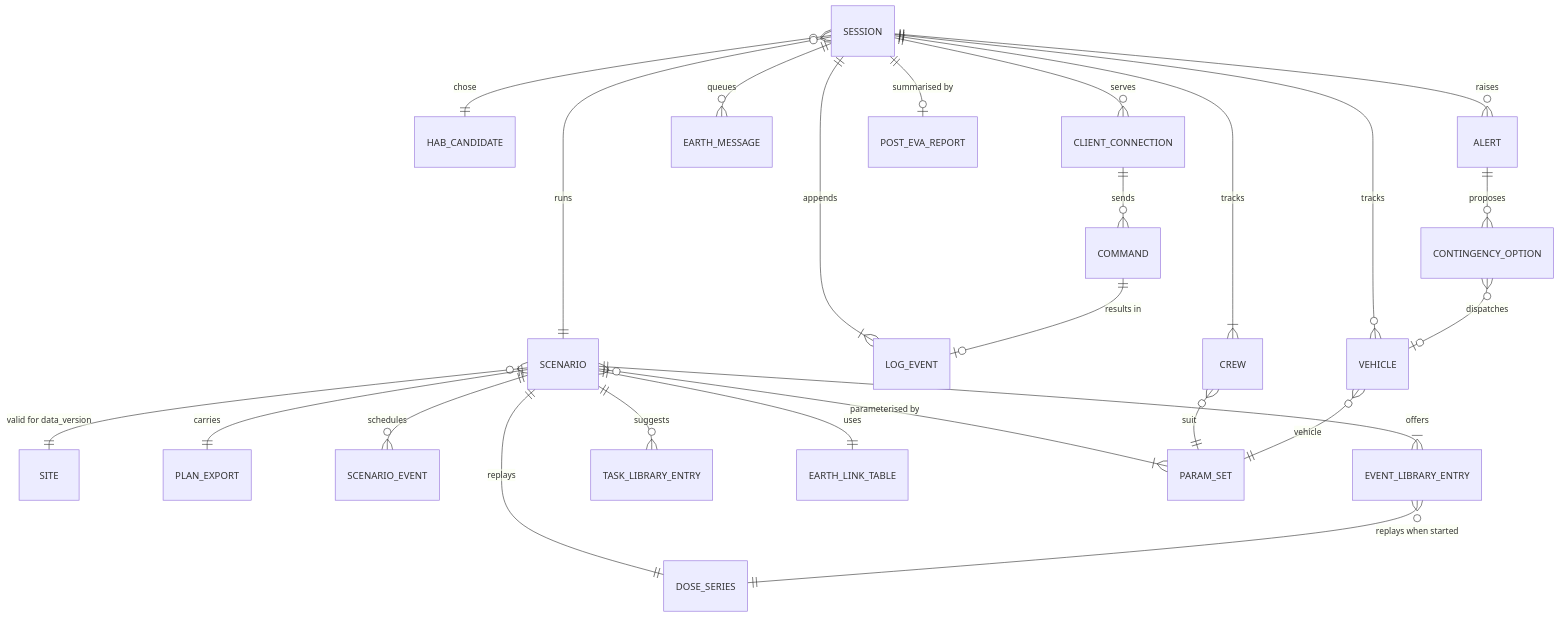
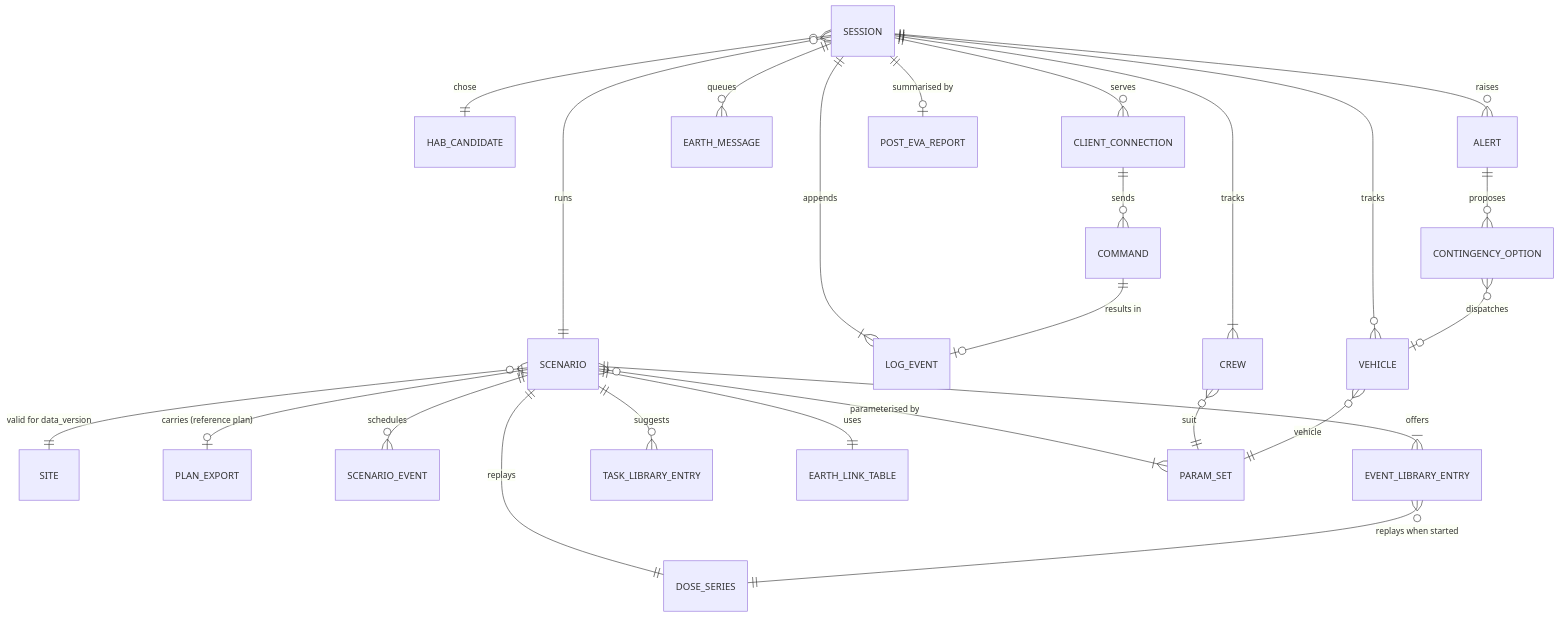
Before and after one commit to tashobi02/Gale-Surface-Ops: the second of 2 diagrams in docs/specs/05_Backend_and_Database_Schema.md, drawn with Mermaid. The commit also changed other lines of this file and 5 other files, not shown here.

````diff
--- a/docs/specs/05_Backend_and_Database_Schema.md
+++ b/docs/specs/05_Backend_and_Database_Schema.md
@@ -628,27 +628,27 @@
 ```mermaid
 erDiagram
   SCENARIO }o--|| SITE : "valid for data_version"
-  SCENARIO ||--|| PLAN_EXPORT : "carries"
+  SCENARIO ||--o| PLAN_EXPORT : "carries (reference plan)"
   SCENARIO ||--o{ SCENARIO_EVENT : "schedules"
   SCENARIO ||--|| DOSE_SERIES : "replays"
   SCENARIO ||--|{ EVENT_LIBRARY_ENTRY : "offers"
   EVENT_LIBRARY_ENTRY }o--|| DOSE_SERIES : "replays when started"
   SCENARIO ||--o{ TASK_LIBRARY_ENTRY : "suggests"
   SESSION }o--|| HAB_CANDIDATE : "chose"
   SCENARIO ||--|| EARTH_LINK_TABLE : "uses"
   SCENARIO }o--|{ PARAM_SET : "parameterised by"
   SESSION }o--|| SCENARIO : "runs"
   SESSION ||--|{ LOG_EVENT : "appends"
   SESSION ||--|{ CREW : "tracks"
   SESSION ||--o{ VEHICLE : "tracks"
   SESSION ||--o{ ALERT : "raises"
   SESSION ||--o{ EARTH_MESSAGE : "queues"
   SESSION ||--o{ CLIENT_CONNECTION : "serves"
   ALERT ||--o{ CONTINGENCY_OPTION : "proposes"
   CONTINGENCY_OPTION }o--o| VEHICLE : "dispatches"
   CREW }o--|| PARAM_SET : "suit"
   VEHICLE }o--|| PARAM_SET : "vehicle"
   CLIENT_CONNECTION ||--o{ COMMAND : "sends"
   COMMAND ||--o| LOG_EVENT : "results in"
   SESSION ||--o| POST_EVA_REPORT : "summarised by"
 ```
````
